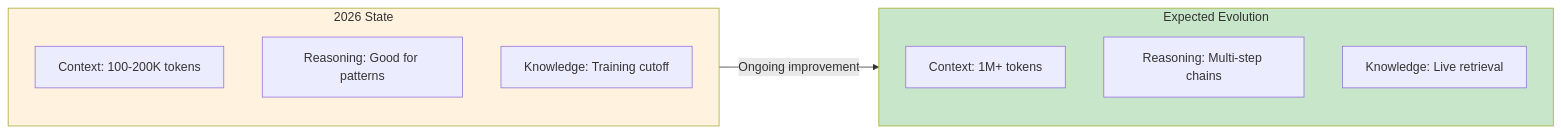
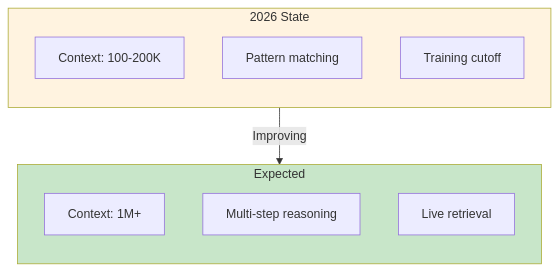
Before and after one commit to TheBushidoCollective/han: the third of 3 diagrams in website/content/papers/ai-dlc-2026/runbooks/reference/ai-limitations.md, drawn with Mermaid. The commit also changed 21 other files, not shown here.

First line of the commit message:
fix(website): convert all AI-DLC runbook Mermaid diagrams to TB layout

````diff
--- a/website/content/papers/ai-dlc-2026/runbooks/reference/ai-limitations.md
+++ b/website/content/papers/ai-dlc-2026/runbooks/reference/ai-limitations.md
@@ -268,19 +268,21 @@
 ```mermaid
-flowchart LR
+flowchart TB
     subgraph Now["2026 State"]
-        N1[Context: 100-200K tokens]
-        N2[Reasoning: Good for patterns]
-        N3[Knowledge: Training cutoff]
+        direction TB
+        N1[Context: 100-200K]
+        N2[Pattern matching]
+        N3[Training cutoff]
     end
 
-    subgraph Future["Expected Evolution"]
-        F1[Context: 1M+ tokens]
-        F2[Reasoning: Multi-step chains]
-        F3[Knowledge: Live retrieval]
+    Now -->|"Improving"| Future
+
+    subgraph Future["Expected"]
+        direction TB
+        F1[Context: 1M+]
+        F2[Multi-step reasoning]
+        F3[Live retrieval]
     end
-
-    Now -->|"Ongoing improvement"| Future
 
     style Now fill:#fff3e0
     style Future fill:#c8e6c9
 ```
````
